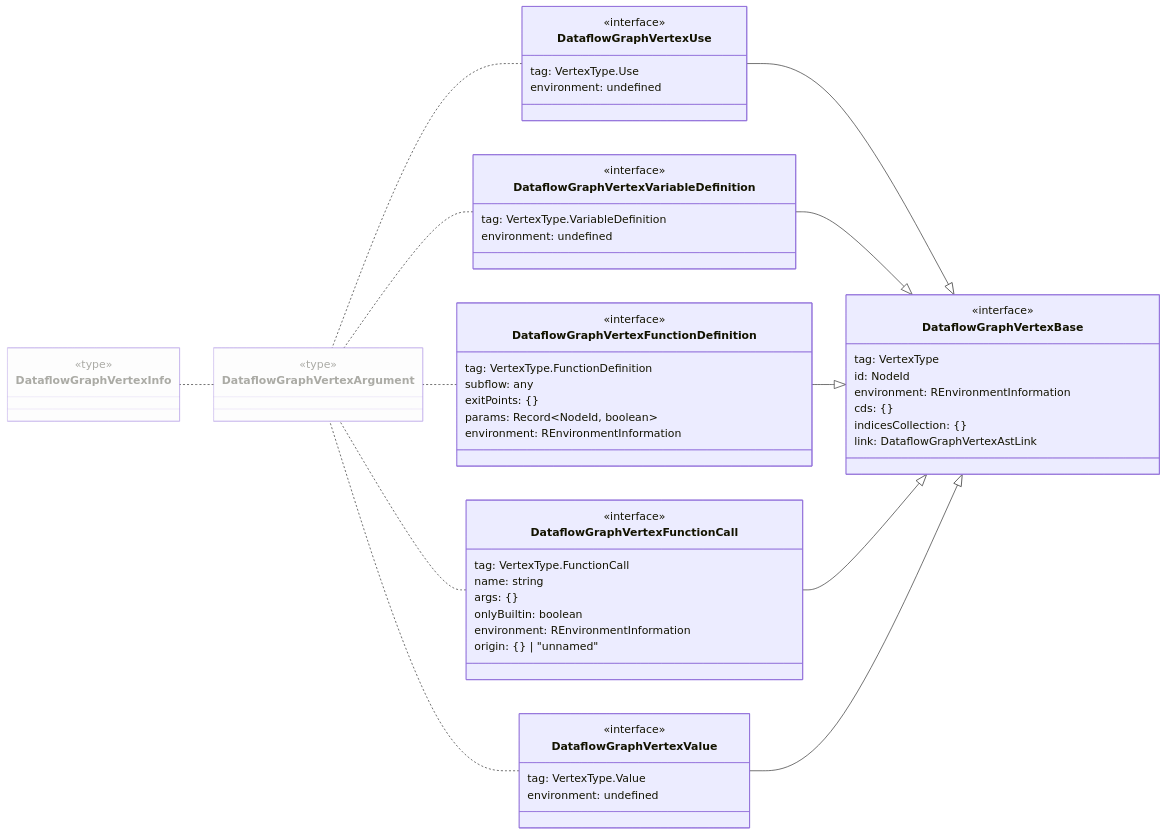
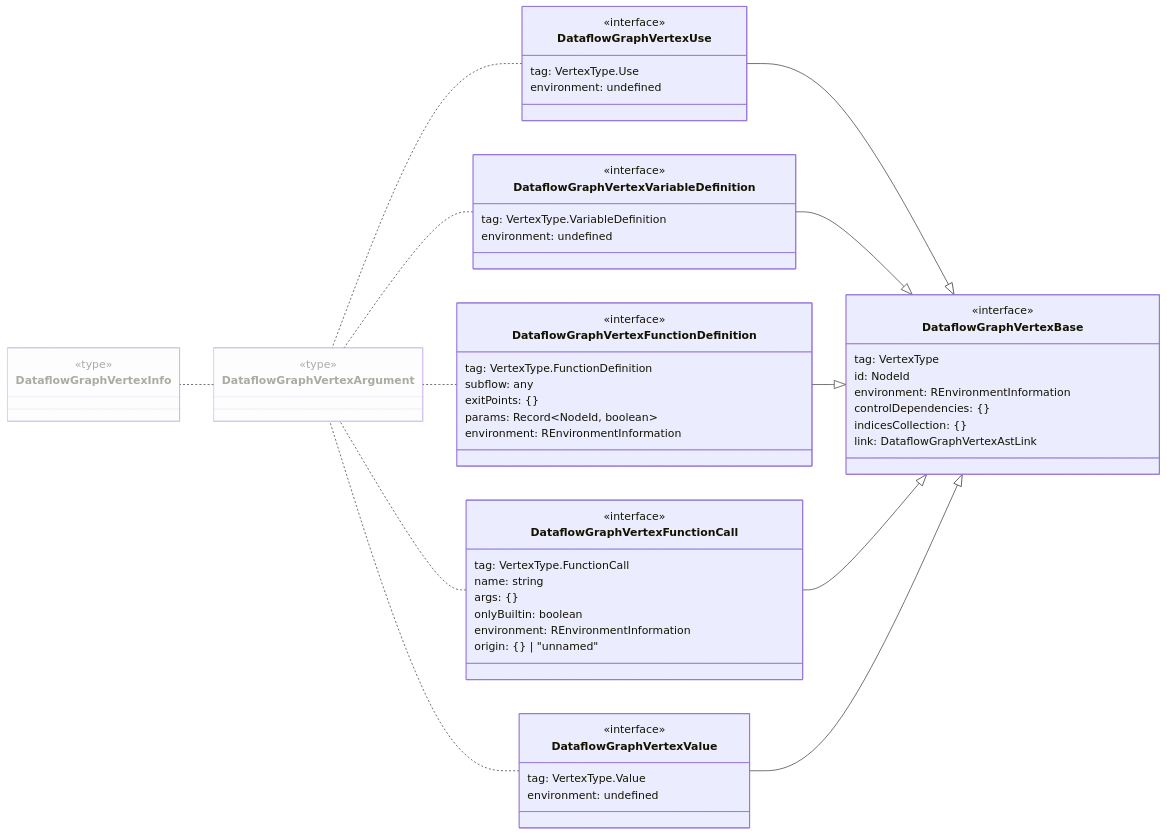
The second of 54 diagrams in wiki/Dataflow Graph.md (flowr-analysis/flowr), drawn with Mermaid before and after one commit. The commit also changed other lines of this file and 8 other files, not shown here.

Commit message:
[skip ci] doc: update generated wiki pages (wiki/Overview.md,wiki/Normalized AST.md,wiki/Interface.md,wiki/Linting and Testing.md,wiki/Linter.md,wiki/[Linting Rule] Seeded Randomness.md,wiki/Dataflow Graph.md,wiki/Control Flow Graph.md,wiki/Core.md)

````diff
--- a/wiki/Dataflow Graph.md
+++ b/wiki/Dataflow Graph.md
@@ -141,64 +141,64 @@
 ```mermaid
 classDiagram
 direction RL
 class DataflowGraphVertexInfo
     <<type>> DataflowGraphVertexInfo
 style DataflowGraphVertexInfo opacity:.35,fill:#FAFAFA
-click DataflowGraphVertexInfo href "https://github.com/flowr-analysis/flowr/tree/main//src/dataflow/graph/vertex.ts#L305" "This is the union type of all possible vertices that appear within a; #60;code#62;dataflow graph#60;/code#62;; , they can be constructed passing a; #60;code#62;DataflowGraphVertexArgument#60;/code#62;; to the graph. See; #60;code#62;DataflowGraphVertices#60;/code#62;; for an id#45;based mapping."
+click DataflowGraphVertexInfo href "https://github.com/flowr-analysis/flowr/tree/main//src/dataflow/graph/vertex.ts#L303" "This is the union type of all possible vertices that appear within a; #60;code#62;dataflow graph#60;/code#62;; , they can be constructed passing a; #60;code#62;DataflowGraphVertexArgument#60;/code#62;; to the graph. See; #60;code#62;DataflowGraphVertices#60;/code#62;; for an id#45;based mapping."
 class DataflowGraphVertexArgument
     <<type>> DataflowGraphVertexArgument
 style DataflowGraphVertexArgument opacity:.35,fill:#FAFAFA
-click DataflowGraphVertexArgument href "https://github.com/flowr-analysis/flowr/tree/main//src/dataflow/graph/vertex.ts#L297" "What is to be passed to construct a vertex in the; #60;code#62;dataflow graph#60;/code#62;"
+click DataflowGraphVertexArgument href "https://github.com/flowr-analysis/flowr/tree/main//src/dataflow/graph/vertex.ts#L295" "What is to be passed to construct a vertex in the; #60;code#62;dataflow graph#60;/code#62;"
 class DataflowGraphVertexUse
     <<interface>> DataflowGraphVertexUse
     DataflowGraphVertexUse : tag#58; VertexType.Use
     DataflowGraphVertexUse : environment#58; undefined
 click DataflowGraphVertexUse href "https://github.com/flowr-analysis/flowr/tree/main//src/dataflow/graph/vertex.ts#L225" "Arguments required to construct a vertex which represents the usage of a variable in the; #60;code#62;dataflow graph#60;/code#62;; ."
 class DataflowGraphVertexBase
     <<interface>> DataflowGraphVertexBase
     DataflowGraphVertexBase : tag#58; VertexType
     DataflowGraphVertexBase : id#58; NodeId
     DataflowGraphVertexBase : environment#58; REnvironmentInformation
-    DataflowGraphVertexBase : cds#58; #123;#125;
+    DataflowGraphVertexBase : controlDependencies#58; #123;#125;
     DataflowGraphVertexBase : indicesCollection#58; #123;#125;
     DataflowGraphVertexBase : link#58; DataflowGraphVertexAstLink
 click DataflowGraphVertexBase href "https://github.com/flowr-analysis/flowr/tree/main//src/dataflow/graph/vertex.ts#L162" "Arguments required to construct a vertex in the; #60;code#62;dataflow graph#60;/code#62;; ."
 class DataflowGraphVertexVariableDefinition
     <<interface>> DataflowGraphVertexVariableDefinition
     DataflowGraphVertexVariableDefinition : tag#58; VertexType.VariableDefinition
     DataflowGraphVertexVariableDefinition : environment#58; undefined
 click DataflowGraphVertexVariableDefinition href "https://github.com/flowr-analysis/flowr/tree/main//src/dataflow/graph/vertex.ts#L263" "Arguments required to construct a vertex which represents the definition of a variable in the; #60;code#62;dataflow graph#60;/code#62;; ."
 class DataflowGraphVertexFunctionDefinition
     <<interface>> DataflowGraphVertexFunctionDefinition
     DataflowGraphVertexFunctionDefinition : tag#58; VertexType.FunctionDefinition
     DataflowGraphVertexFunctionDefinition : subflow#58; any
     DataflowGraphVertexFunctionDefinition : exitPoints#58; #123;#125;
     DataflowGraphVertexFunctionDefinition : params#58; Record#60;NodeId, boolean#62;
     DataflowGraphVertexFunctionDefinition : environment#58; REnvironmentInformation
 click DataflowGraphVertexFunctionDefinition href "https://github.com/flowr-analysis/flowr/tree/main//src/dataflow/graph/vertex.ts#L273" "Arguments required to construct a vertex which represents the definition of a function in the; #60;code#62;dataflow graph#60;/code#62;; ."
 class DataflowGraphVertexFunctionCall
     <<interface>> DataflowGraphVertexFunctionCall
     DataflowGraphVertexFunctionCall : tag#58; VertexType.FunctionCall
     DataflowGraphVertexFunctionCall : name#58; string
     DataflowGraphVertexFunctionCall : args#58; #123;#125;
     DataflowGraphVertexFunctionCall : onlyBuiltin#58; boolean
     DataflowGraphVertexFunctionCall : environment#58; REnvironmentInformation
     DataflowGraphVertexFunctionCall : origin#58; #123;#125; | #34;unnamed#34;
 click DataflowGraphVertexFunctionCall href "https://github.com/flowr-analysis/flowr/tree/main//src/dataflow/graph/vertex.ts#L237" "Arguments required to construct a vertex which represents the call to a function in the; #60;code#62;dataflow graph#60;/code#62;; . This describes all kinds of function calls, including calls to built#45;ins and control#45;flow structures such as #96;if#96; or #96;for#96; (they are treated as function calls in R)."
 class DataflowGraphVertexValue
     <<interface>> DataflowGraphVertexValue
     DataflowGraphVertexValue : tag#58; VertexType.Value
     DataflowGraphVertexValue : environment#58; undefined
 click DataflowGraphVertexValue href "https://github.com/flowr-analysis/flowr/tree/main//src/dataflow/graph/vertex.ts#L216" "Marker vertex for a value in the dataflow of the program. This does not contain the #95;value#95; of the referenced constant as this is available with the; #60;code#62;id#60;/code#62;; in the; #60;code#62;normalized AST#60;/code#62;; (or more specifically the; #60;code#62;AstIdMap#60;/code#62;; ). If you have a; #60;code#62;dataflow graph#60;/code#62;; named #96;graph#96; with an; #60;code#62;AstIdMap#60;/code#62;; and a value vertex object with name #96;value#96; the following Code should work#58;"
 DataflowGraphVertexArgument .. DataflowGraphVertexInfo
 DataflowGraphVertexUse .. DataflowGraphVertexArgument
 DataflowGraphVertexBase <|-- DataflowGraphVertexUse
 DataflowGraphVertexVariableDefinition .. DataflowGraphVertexArgument
 DataflowGraphVertexBase <|-- DataflowGraphVertexVariableDefinition
 DataflowGraphVertexFunctionDefinition .. DataflowGraphVertexArgument
 DataflowGraphVertexBase <|-- DataflowGraphVertexFunctionDefinition
 DataflowGraphVertexFunctionCall .. DataflowGraphVertexArgument
 DataflowGraphVertexBase <|-- DataflowGraphVertexFunctionCall
 DataflowGraphVertexValue .. DataflowGraphVertexArgument
 DataflowGraphVertexBase <|-- DataflowGraphVertexValue
 ```
````
